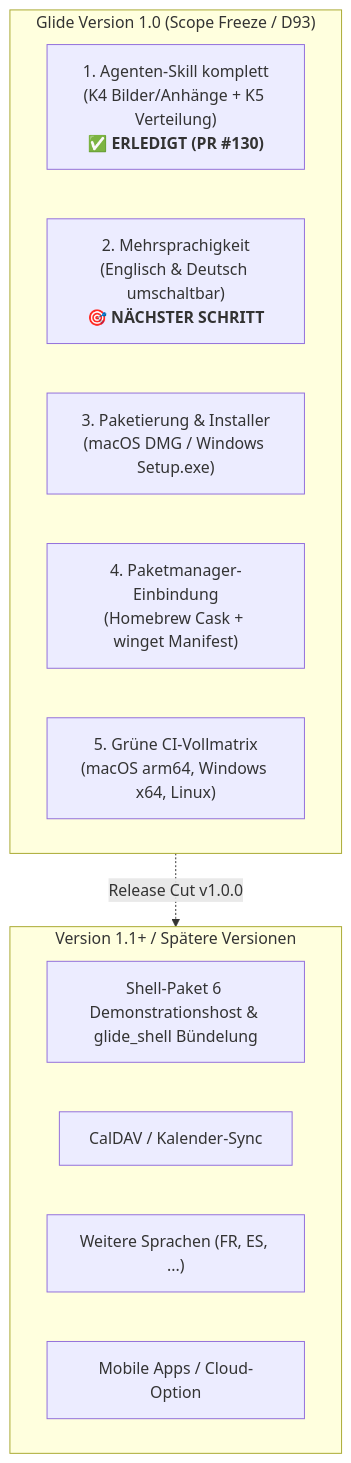
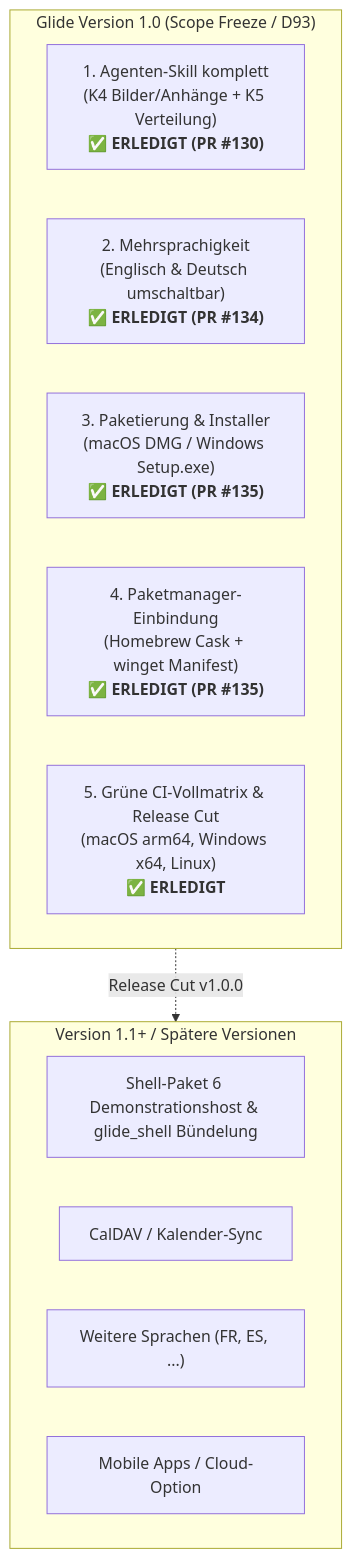
Before and after one commit to n05a-design/glide-to-do: the diagram in 00_Arbeitsvorbereitung/Glide_Meilenstein_v1_Plan.md, drawn with Mermaid. The commit also changed other lines of this file and 96 other files, not shown here.

````diff
--- a/00_Arbeitsvorbereitung/Glide_Meilenstein_v1_Plan.md
+++ b/00_Arbeitsvorbereitung/Glide_Meilenstein_v1_Plan.md
@@ -15,19 +15,19 @@
 ```mermaid
 flowchart TD
     subgraph V1 ["Glide Version 1.0 (Scope Freeze / D93)"]
         S["1. Agenten-Skill komplett<br/>(K4 Bilder/Anhänge + K5 Verteilung)<br/><b>✅ ERLEDIGT (PR #130)</b>"]
-        I["2. Mehrsprachigkeit<br/>(Englisch & Deutsch umschaltbar)<br/><b>🎯 NÄCHSTER SCHRITT</b>"]
-        P["3. Paketierung & Installer<br/>(macOS DMG / Windows Setup.exe)"]
-        M["4. Paketmanager-Einbindung<br/>(Homebrew Cask + winget Manifest)"]
-        Q["5. Grüne CI-Vollmatrix<br/>(macOS arm64, Windows x64, Linux)"]
+        I["2. Mehrsprachigkeit<br/>(Englisch & Deutsch umschaltbar)<br/><b>✅ ERLEDIGT (PR #134)</b>"]
+        P["3. Paketierung & Installer<br/>(macOS DMG / Windows Setup.exe)<br/><b>✅ ERLEDIGT (PR #135)</b>"]
+        M["4. Paketmanager-Einbindung<br/>(Homebrew Cask + winget Manifest)<br/><b>✅ ERLEDIGT (PR #135)</b>"]
+        Q["5. Grüne CI-Vollmatrix & Release Cut<br/>(macOS arm64, Windows x64, Linux)<br/><b>✅ ERLEDIGT</b>"]
     end
 
     subgraph POST ["Version 1.1+ / Spätere Versionen"]
         S6["Shell-Paket 6 Demonstrationshost & glide_shell Bündelung"]
         CAL["CalDAV / Kalender-Sync"]
         LANG["Weitere Sprachen (FR, ES, ...)"]
         MOB["Mobile Apps / Cloud-Option"]
     end
 
     V1 -.->|Release Cut v1.0.0| POST
 ```
````
